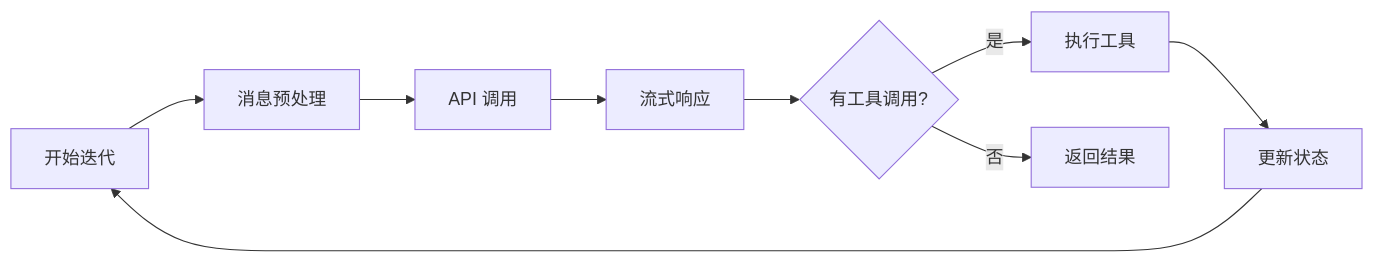
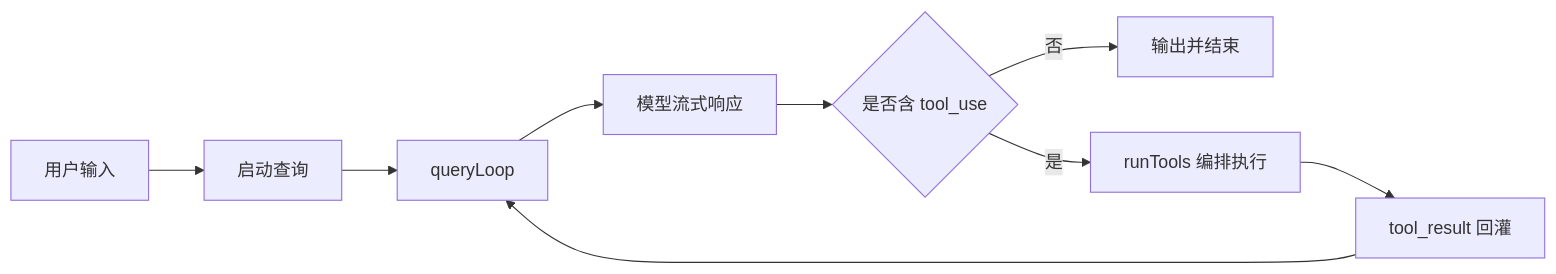
The second of 2 diagrams in notes/reviews/01-architecture-and-core-flow.md (friendlyhank/claude-code-annotated), drawn with Mermaid before and after one commit. The commit also changed other lines of this file and 13 other files, not shown here.

````diff
--- a/notes/reviews/01-architecture-and-core-flow.md
+++ b/notes/reviews/01-architecture-and-core-flow.md
@@ -113,11 +34,11 @@
 ```mermaid
 flowchart LR
-    Start[开始迭代] --> Preprocess[消息预处理]
-    Preprocess --> API[API 调用]
-    API --> Stream[流式响应]
-    Stream --> Check{有工具调用?}
-    Check -->|是| Execute[执行工具]
-    Check -->|否| Done[返回结果]
-    Execute --> Update[更新状态]
-    Update --> Start
+    Input[用户输入] --> Start[启动查询]
+    Start --> Loop[queryLoop]
+    Loop --> Model[模型流式响应]
+    Model --> Detect{是否含 tool_use}
+    Detect -->|否| End[输出并结束]
+    Detect -->|是| Tools[runTools 编排执行]
+    Tools --> Feed[tool_result 回灌]
+    Feed --> Loop
 ```
````
